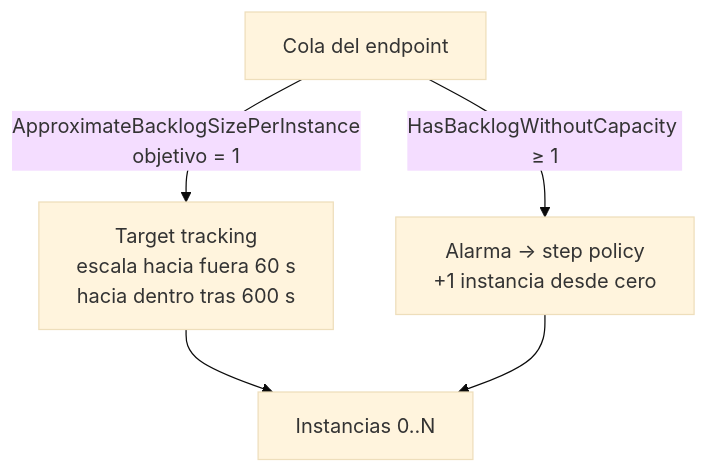
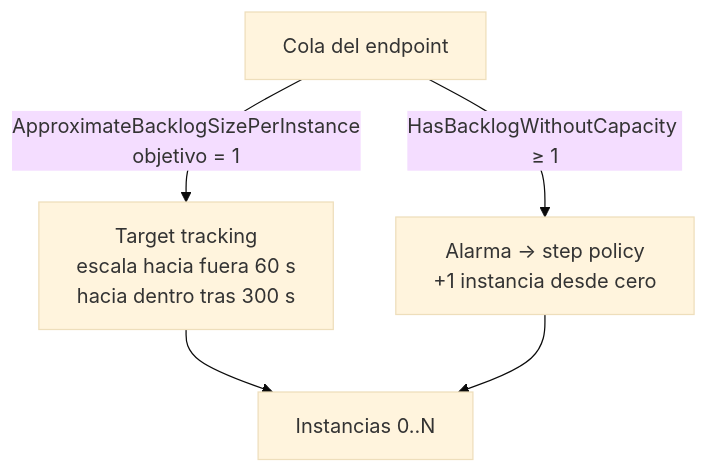
Before and after one commit to astorress/audio2score: the third of 3 diagrams in docs/arquitectura.md, drawn with Mermaid (base theme). The commit also changed other lines of this file and 4 other files, not shown here.

````diff
--- a/docs/arquitectura.md
+++ b/docs/arquitectura.md
@@ -189,7 +189,7 @@
 ```mermaid
 flowchart TD
-    Q[Cola del endpoint] -->|ApproximateBacklogSizePerInstance<br/>objetivo = 1| T[Target tracking<br/>escala hacia fuera 60 s<br/>hacia dentro tras 600 s]
+    Q[Cola del endpoint] -->|ApproximateBacklogSizePerInstance<br/>objetivo = 1| T[Target tracking<br/>escala hacia fuera 60 s<br/>hacia dentro tras 300 s]
     Q -->|HasBacklogWithoutCapacity ≥ 1| Z[Alarma → step policy<br/>+1 instancia desde cero]
     T --> I[Instancias 0..N]
     Z --> I
 ```
````
